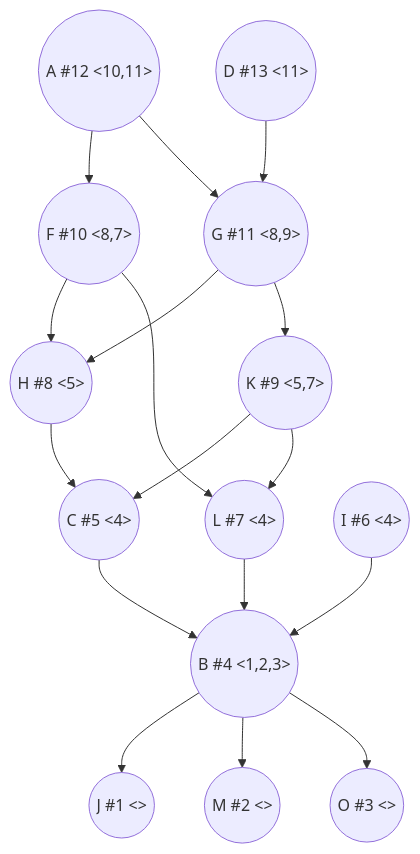
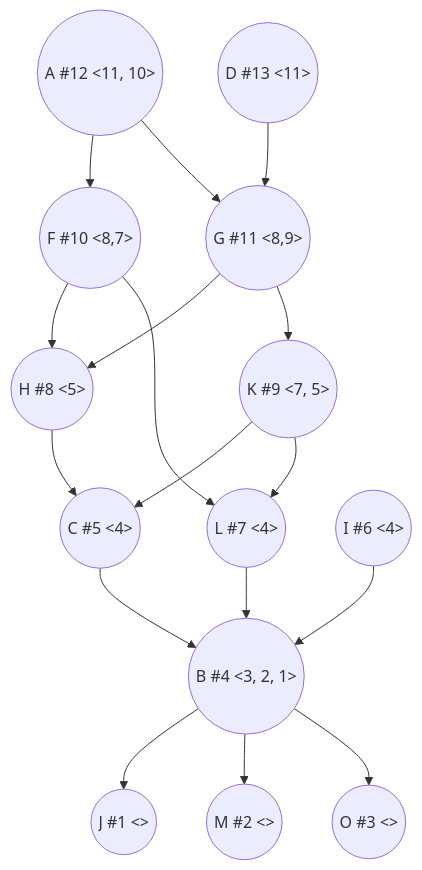
The third of 4 diagrams in Задание 10/DisplayPort-task-10.md (hse-algo-psapr-25/manual-tasks), drawn with Mermaid before and after one commit.

Commit message:
Исправил приоритеты

````diff
--- a/Задание 10/DisplayPort-task-10.md
+++ b/Задание 10/DisplayPort-task-10.md
@@ -63,19 +63,19 @@
 ```mermaid
 graph TB
-A((A #12 <10,11>)) --> F((F #10 <8,7>))
+A((A #12 <11, 10>)) --> F((F #10 <8,7>))
 A --> G((G #11 <8,9>))
-B((B #4 <1,2,3>)) --> J((J #1 <>))
+B((B #4 <3, 2, 1>)) --> J((J #1 <>))
 B --> M((M #2 <>))
 B --> O((O #3 <>))
 C((C #5 <4>)) --> B
 D((D #13 <11>)) --> G
 F --> H((H #8 <5>))
 F --> L((L #7 <4>))
 G --> H
-G --> K((K #9 <5,7>))
+G --> K((K #9 <7, 5>))
 H --> C
 I((I #6 <4>)) --> B
 K --> C
 K --> L
 L --> B
 ```
````
